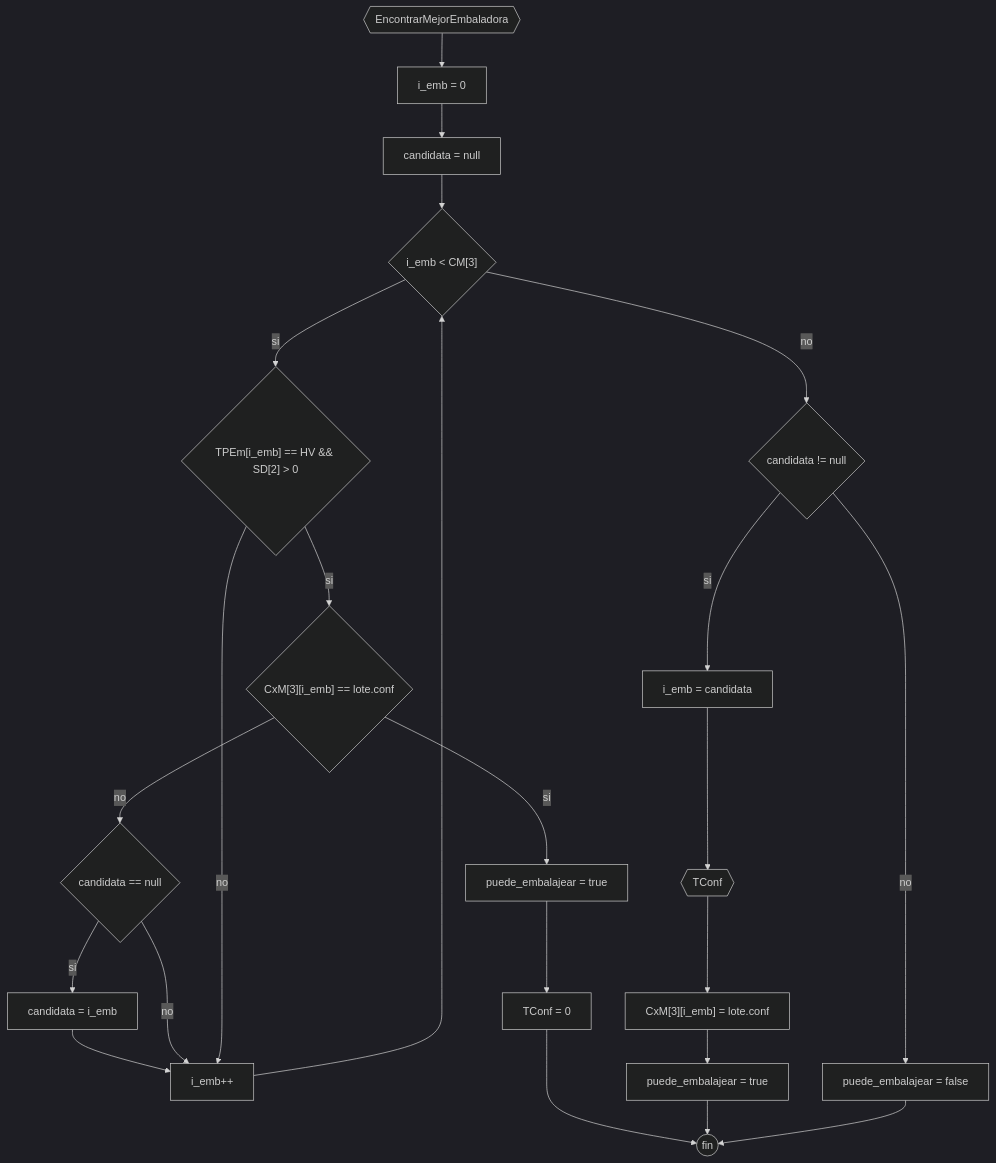
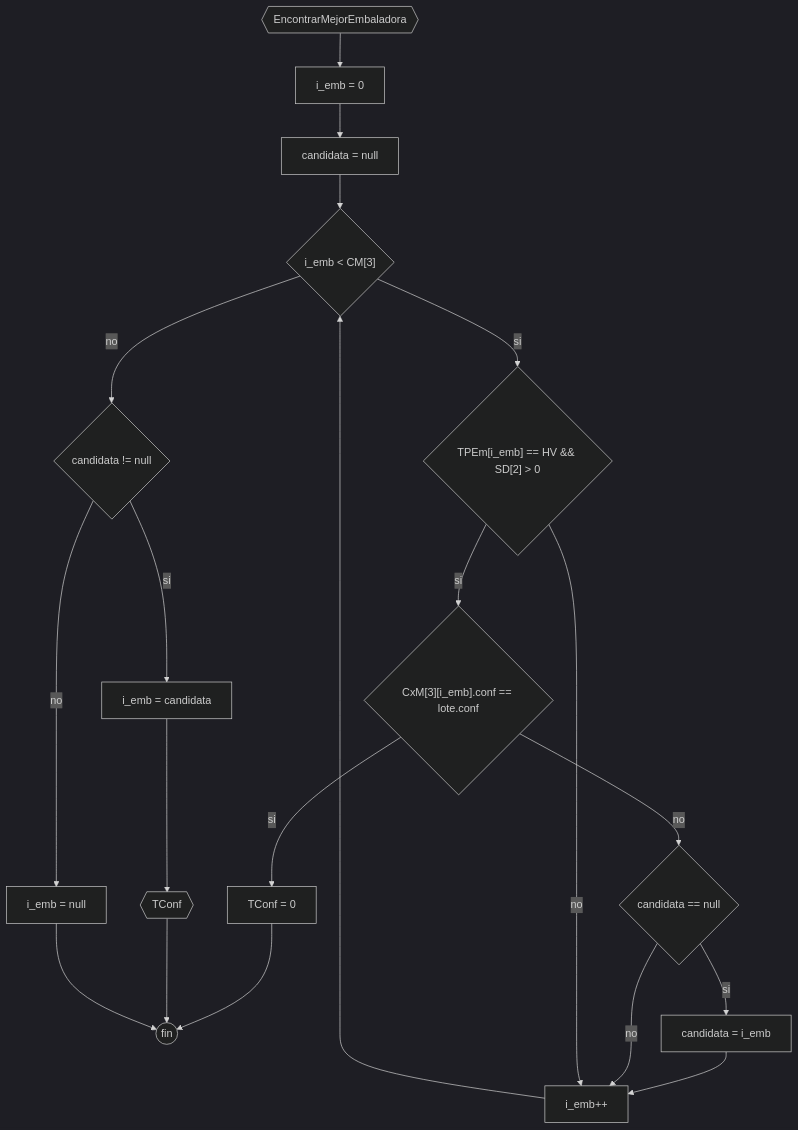
The diagram in docs/Diagramas/qa/EncontrarMejorEmbaladora.mermaid (JuanManuelPrividera/TP-Simu), drawn with Mermaid (dark theme) before and after one commit. The commit also changed 24 other files, not shown here.

```diff
--- a/docs/Diagramas/qa/EncontrarMejorEmbaladora.mermaid
+++ b/docs/Diagramas/qa/EncontrarMejorEmbaladora.mermaid
@@ -1,14 +1,14 @@
 flowchart TD
 a0{{EncontrarMejorEmbaladora}} --> a1["i_emb = 0"]
 a1 --> a2["candidata = null"]
 a2 --> a3{"i_emb < CM[3]"}
 a3 --> |si| a4{"TPEm[i_emb] == HV && SD[2] > 0"}
-a4 --> |si| a5{"CxM[3][i_emb] == lote.conf"}
-a5 --> |si| b["puede_embalajear = true"] --> b1[TConf = 0] --> fin((fin))
+a4 --> |si| a5{"CxM[3][i_emb].conf == lote.conf"}
+a5 --> |si| b1[TConf = 0] --> fin((fin))
 a5 --> |no| c{"candidata == null"}
 c --> |si| d["candidata = i_emb"] --> e["i_emb++"] --> a3
 c --> |no| e
 a4 --> |no| e
 a3 --> |no| f{"candidata != null"}
-f --> |si| g["i_emb = candidata"] --> h{{TConf}} --> i["CxM[3][i_emb] = lote.conf"] --> j["puede_embalajear = true"] --> fin
-f --> |no| k["puede_embalajear = false"] --> fin
+f --> |si| g["i_emb = candidata"] --> h{{TConf}} --> fin
+f --> |no| k["i_emb = null"] --> fin
```
